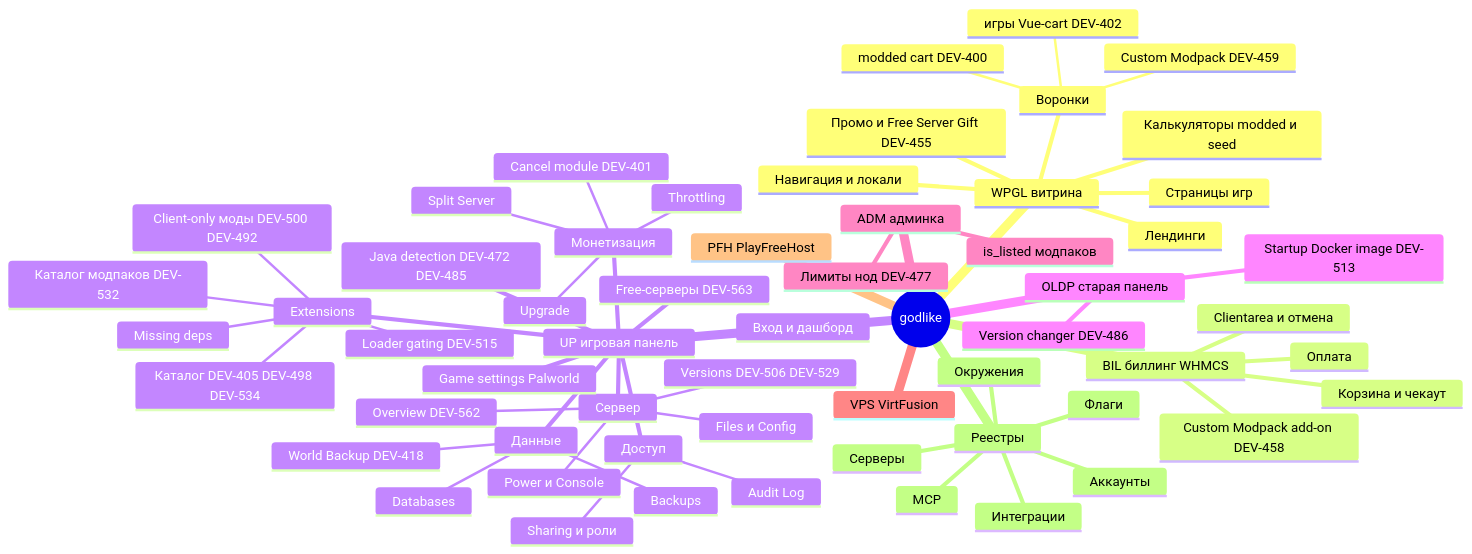
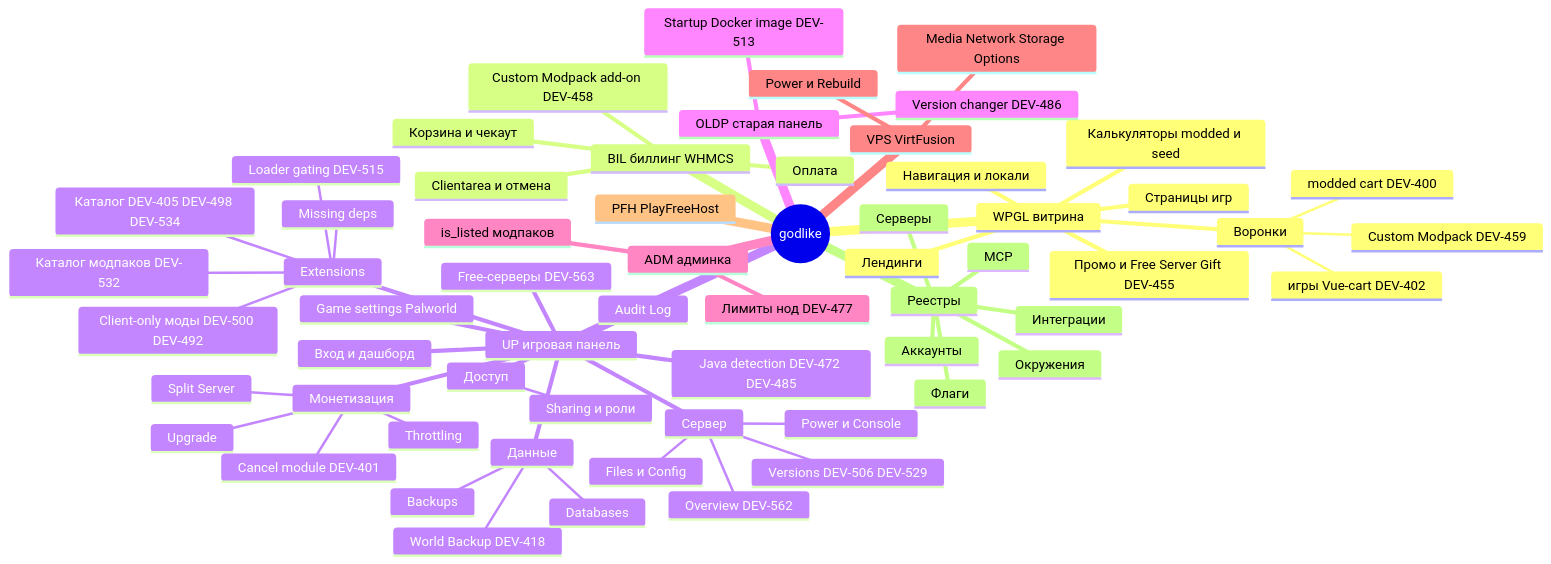
One commit to rhetalo/e2e_godlike changed the diagram in kb/map.md. Above: the diagram before and after it, drawn with Mermaid. The commit also changed other lines of this file and 4 other files, not shown here.

````diff
--- a/kb/map.md
+++ b/kb/map.md
@@ -27,62 +27,64 @@
 ```mermaid
 mindmap
   root((godlike))
     WPGL витрина
       Навигация и локали
       Страницы игр
       Калькуляторы modded и seed
       Воронки
         modded cart DEV-400
         игры Vue-cart DEV-402
         Custom Modpack DEV-459
       Лендинги
       Промо и Free Server Gift DEV-455
     BIL биллинг WHMCS
       Корзина и чекаут
       Оплата
       Clientarea и отмена
       Custom Modpack add-on DEV-458
     UP игровая панель
       Вход и дашборд
       Сервер
         Overview DEV-562
         Power и Console
         Files и Config
         Versions DEV-506 DEV-529
       Extensions
         Каталог DEV-405 DEV-498 DEV-534
         Loader gating DEV-515
         Client-only моды DEV-500 DEV-492
         Каталог модпаков DEV-532
         Missing deps
       Java detection DEV-472 DEV-485
       Доступ
         Sharing и роли
         Audit Log
       Данные
         Backups
         World Backup DEV-418
         Databases
       Монетизация
         Upgrade
         Throttling
         Cancel module DEV-401
         Split Server
       Free-серверы DEV-563
       Game settings Palworld
     OLDP старая панель
       Version changer DEV-486
       Startup Docker image DEV-513
     ADM админка
       Лимиты нод DEV-477
       is_listed модпаков
     VPS VirtFusion
+      Power и Rebuild
+      Media Network Storage Options
     PFH PlayFreeHost
     Реестры
       Окружения
       Аккаунты
       Серверы
       Флаги
       Интеграции
       MCP
 ```
````
